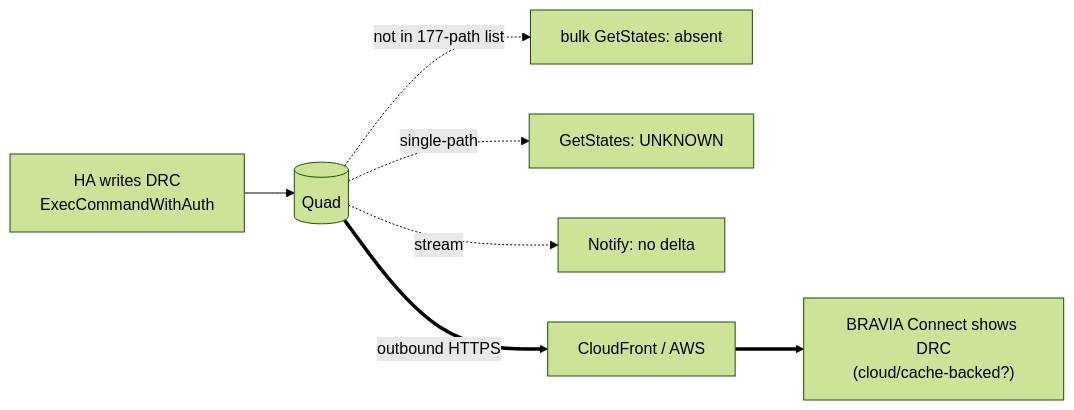
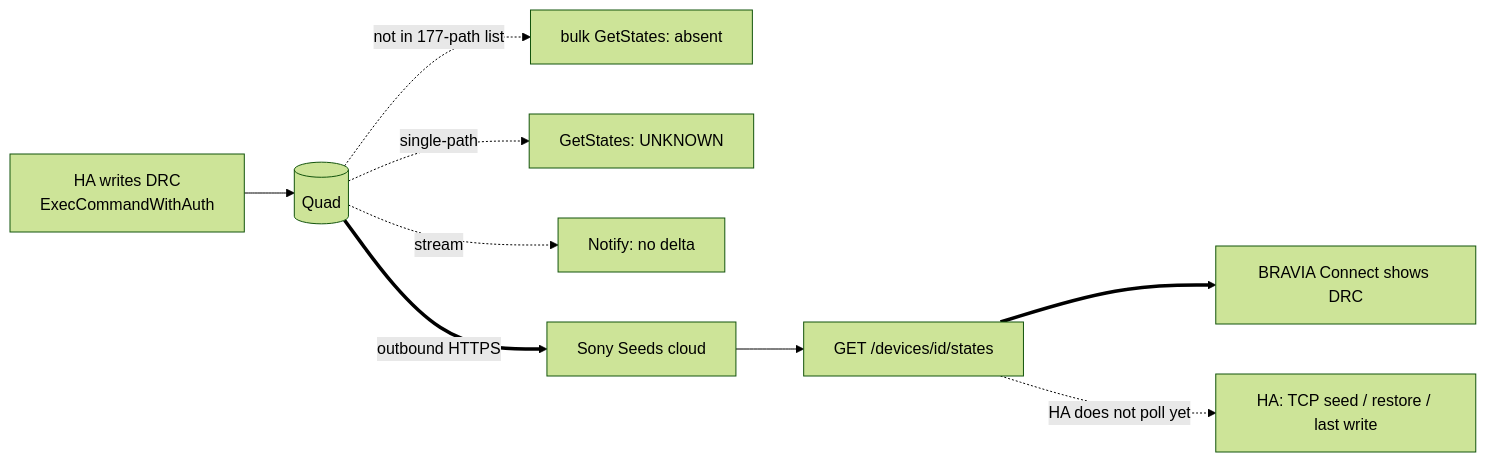
One commit to steamEngineer/bravia-quad-homeassistant changed the fourth of 5 diagrams in docs/reverse-engineering-bravia-connect.md. Above: the diagram before and after it, drawn with Mermaid (forest theme). The commit also changed other lines of this file and 4 other files, not shown here.

````diff
--- a/docs/reverse-engineering-bravia-connect.md
+++ b/docs/reverse-engineering-bravia-connect.md
@@ -276,9 +292,11 @@
 ```mermaid
 flowchart LR
     W["HA writes DRC<br/>ExecCommandWithAuth"] --> Q[(Quad)]
     Q -. not in 177-path list .-> G["bulk GetStates: absent"]
     Q -. single-path .-> S["GetStates: UNKNOWN"]
     Q -. stream .-> N["Notify: no delta"]
-    Q ==>|outbound HTTPS| Cloud["CloudFront / AWS"]
-    Cloud ==> App["BRAVIA Connect shows DRC<br/>(cloud/cache-backed?)"]
+    Q ==>|outbound HTTPS| Cloud["Sony Seeds cloud"]
+    Cloud --> SeedsAPI["GET /devices/id/states"]
+    SeedsAPI ==> App["BRAVIA Connect shows DRC"]
+    SeedsAPI -. HA does not poll yet .-> HA["HA: TCP seed / restore / last write"]
 ```
````
